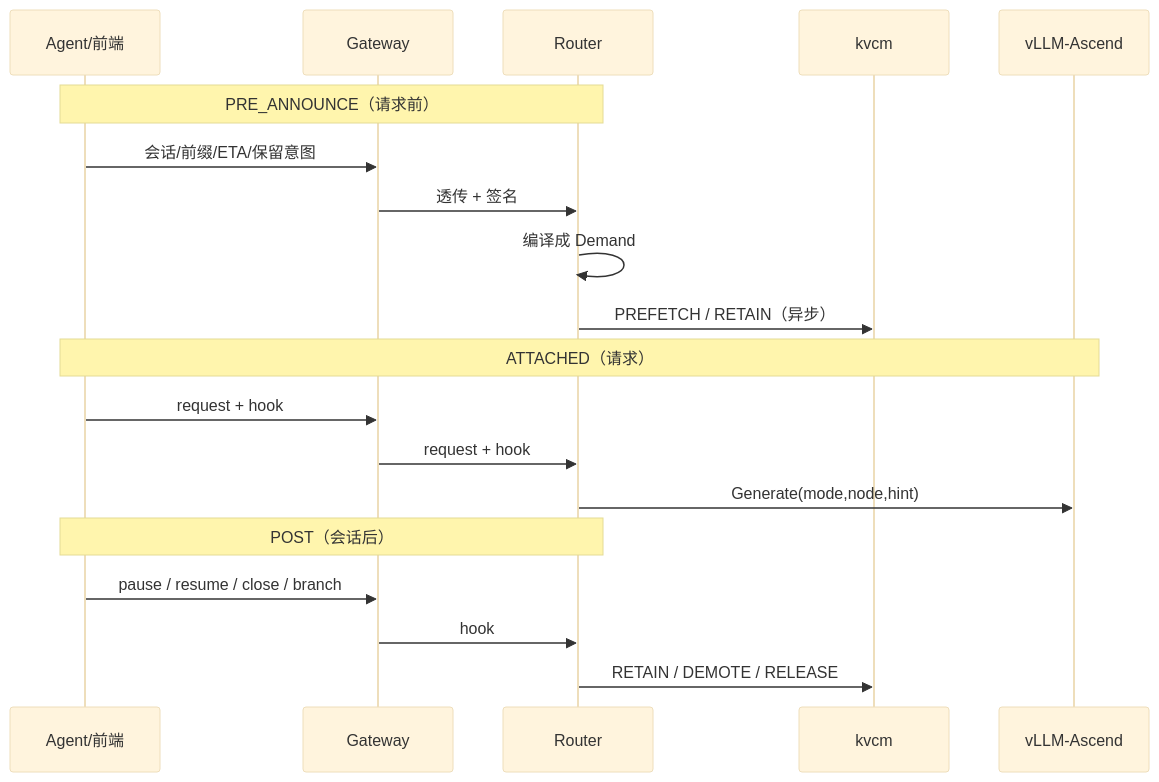
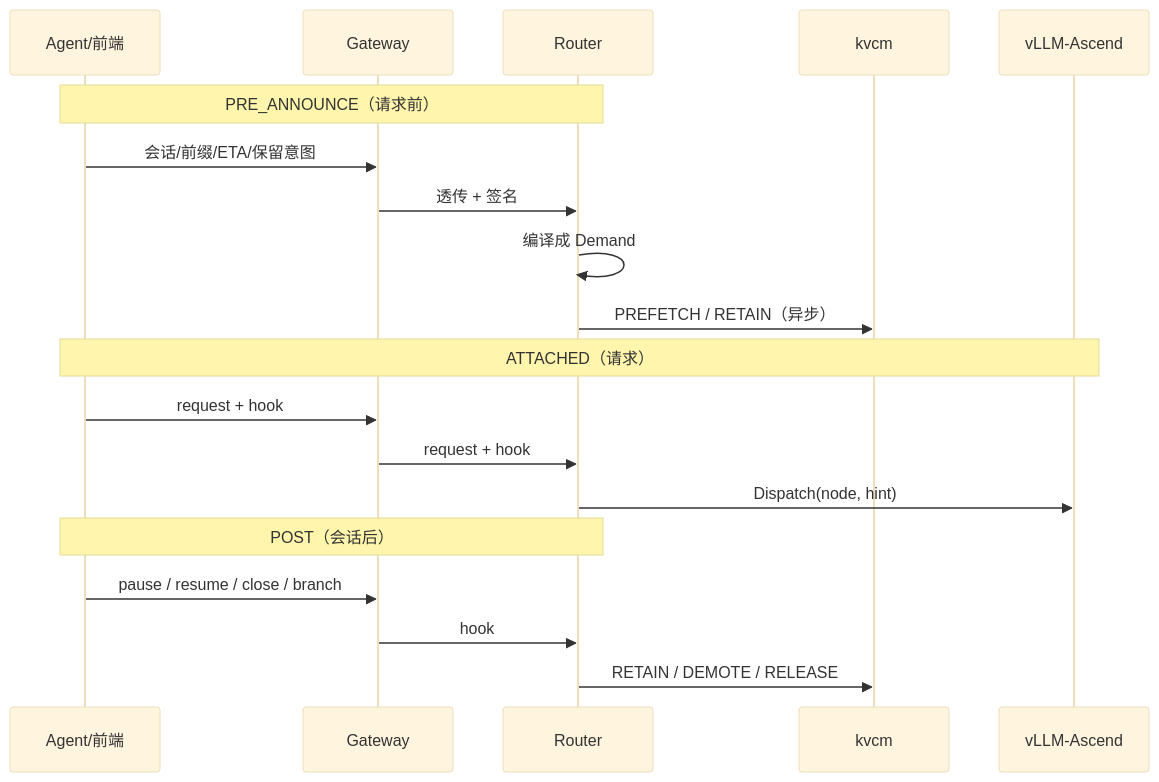
Before and after one commit to 5x8-40/lake: the fifth of 14 diagrams in kvcm/design/D8-joint-scheduling.md, drawn with Mermaid (base theme). The commit also changed other lines of this file and 3 other files, not shown here.

````diff
--- a/kvcm/design/D8-joint-scheduling.md
+++ b/kvcm/design/D8-joint-scheduling.md
@@ -258,24 +258,24 @@
 ```mermaid
 sequenceDiagram
     participant A as Agent/前端
     participant G as Gateway
     participant R as Router
     participant K as kvcm
     participant W as vLLM-Ascend
 
     Note over A,R: PRE_ANNOUNCE（请求前）
     A->>G: 会话/前缀/ETA/保留意图
     G->>R: 透传 + 签名
     R->>R: 编译成 Demand
     R->>K: PREFETCH / RETAIN（异步）
 
     Note over A,W: ATTACHED（请求）
     A->>G: request + hook
     G->>R: request + hook
-    R->>W: Generate(mode,node,hint)
+    R->>W: Dispatch(node, hint)
 
     Note over A,R: POST（会话后）
     A->>G: pause / resume / close / branch
     G->>R: hook
     R->>K: RETAIN / DEMOTE / RELEASE
 ```
````
